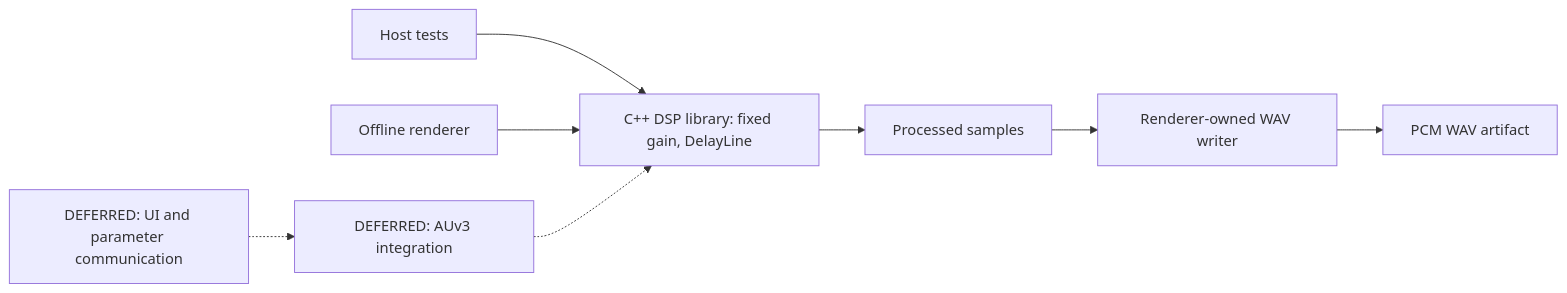
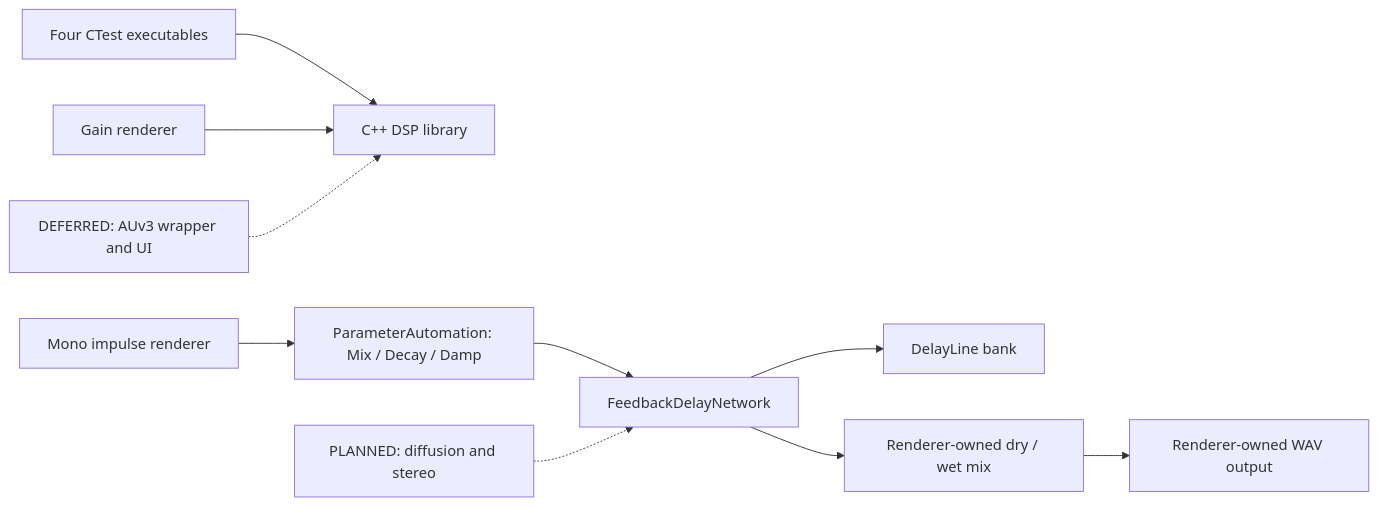
Before and after one commit to joshband/aetherfield: the diagram in docs/architecture.md, drawn with Mermaid. The commit also changed other lines of this file and 33 other files, not shown here.

````diff
--- a/docs/architecture.md
+++ b/docs/architecture.md
@@ -7,10 +10,12 @@
 ```mermaid
 flowchart LR
-    TEST["Host tests"] --> DSP["C++ DSP library: fixed gain, DelayLine"]
-    RENDER["Offline renderer"] --> DSP
-    DSP --> PCM["Processed samples"]
-    PCM --> WRITER["Renderer-owned WAV writer"]
-    WRITER --> WAV["PCM WAV artifact"]
-    FUTURE["DEFERRED: AUv3 integration"] -.-> DSP
-    UI["DEFERRED: UI and parameter communication"] -.-> FUTURE
+    TEST["Four CTest executables"] --> DSP["C++ DSP library"]
+    GAIN["Gain renderer"] --> DSP
+    REVERB["Mono impulse renderer"] --> PARAM["ParameterAutomation: Mix / Decay / Damp"]
+    PARAM --> FDN["FeedbackDelayNetwork"]
+    FDN --> DELAY["DelayLine bank"]
+    FDN --> MIX["Renderer-owned dry / wet mix"]
+    MIX --> WAV["Renderer-owned WAV output"]
+    FUTURE["PLANNED: diffusion and stereo"] -.-> FDN
+    AU["DEFERRED: AUv3 wrapper and UI"] -.-> DSP
 ```
````
